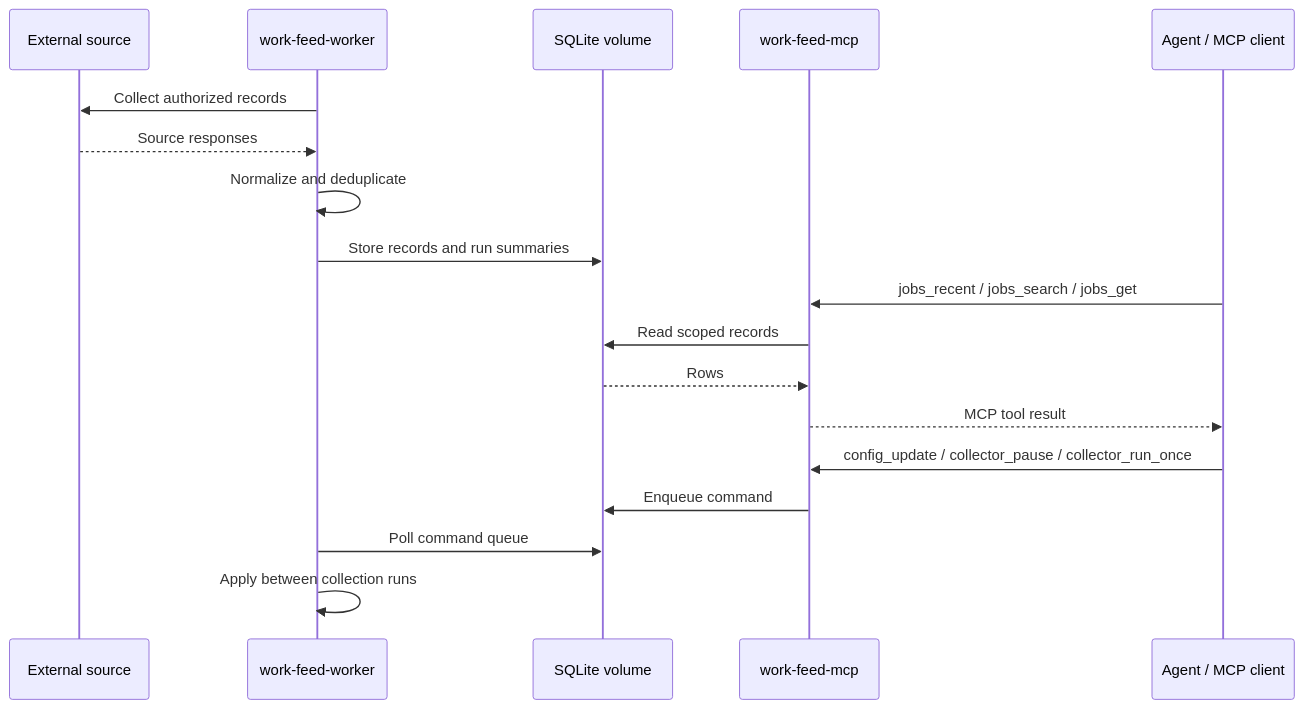
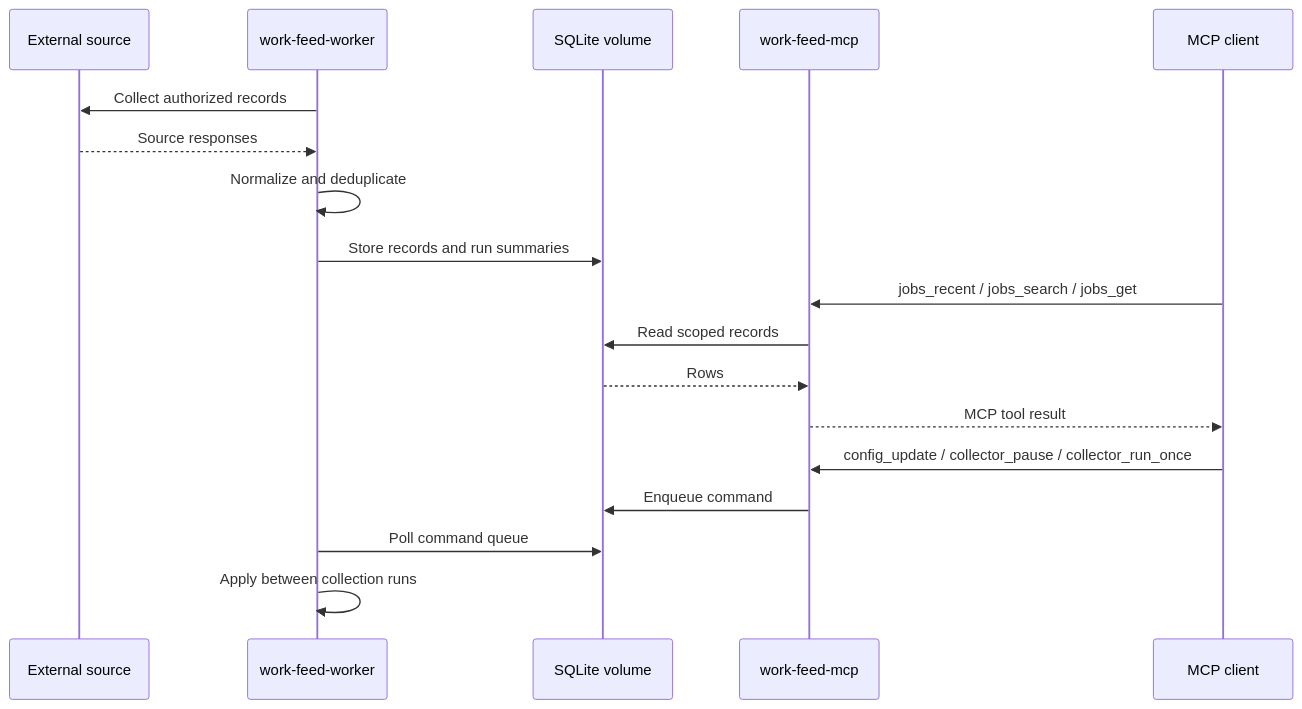
The diagram in README.md (jaeyeopme/work-feed-mcp), drawn with Mermaid before and after one commit. The commit also changed other lines of this file and 1 other file, not shown here.

````diff
--- a/README.md
+++ b/README.md
@@ -15,23 +249,23 @@
 ```mermaid
 sequenceDiagram
     participant S as External source
     participant W as work-feed-worker
     participant DB as SQLite volume
     participant M as work-feed-mcp
-    participant A as Agent / MCP client
+    participant A as MCP client
 
     W->>S: Collect authorized records
     S-->>W: Source responses
     W->>W: Normalize and deduplicate
     W->>DB: Store records and run summaries
 
     A->>M: jobs_recent / jobs_search / jobs_get
     M->>DB: Read scoped records
     DB-->>M: Rows
     M-->>A: MCP tool result
 
     A->>M: config_update / collector_pause / collector_run_once
     M->>DB: Enqueue command
     W->>DB: Poll command queue
     W->>W: Apply between collection runs
 ```
````
